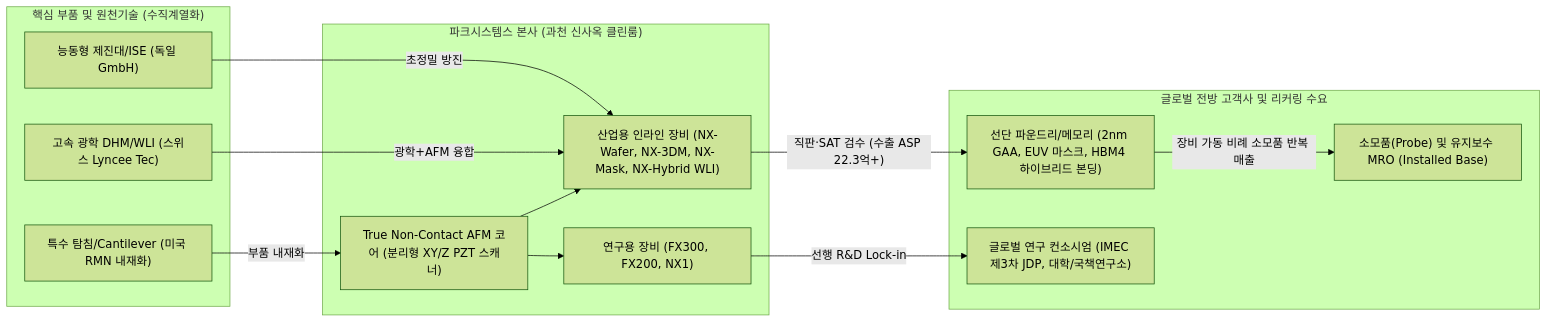
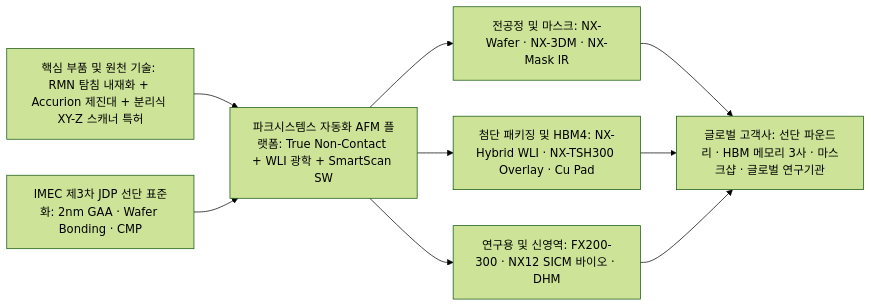
One commit to eve830521-cmd/my-skill-ver.5 changed the first of 2 diagrams in Stock_Research/파크시스템스/3_Final_Reports/Phase1_Report.md. Above: the diagram before and after it, drawn with Mermaid (forest theme). The commit also changed other lines of this file and 308 other files, not shown here.

````diff
--- a/Stock_Research/파크시스템스/3_Final_Reports/Phase1_Report.md
+++ b/Stock_Research/파크시스템스/3_Final_Reports/Phase1_Report.md
@@ -27,29 +25,19 @@
 ```mermaid
 flowchart LR
-    subgraph SG1["핵심 부품 및 원천기술 (수직계열화)"]
-        A1["특수 탐침/Cantilever (미국 RMN 내재화)"]
-        A2["능동형 제진대/ISE (독일 GmbH)"]
-        A3["고속 광학 DHM/WLI (스위스 Lyncee Tec)"]
-    end
+    sub1["핵심 부품 및 원천 기술: RMN 탐침 내재화 + Accurion 제진대 + 분리식 XY-Z 스캐너 특허"]
+    sub2["IMEC 제3차 JDP 선단 표준화: 2nm GAA · Wafer Bonding · CMP"]
+    core["파크시스템스 자동화 AFM 플랫폼: True Non-Contact + WLI 광학 + SmartScan SW"]
+    p1["전공정 및 마스크: NX-Wafer · NX-3DM · NX-Mask IR"]
+    p2["첨단 패키징 및 HBM4: NX-Hybrid WLI · NX-TSH300 Overlay · Cu Pad"]
+    p3["연구용 및 신영역: FX200-300 · NX12 SICM 바이오 · DHM"]
+    cust["글로벌 고객사: 선단 파운드리 · HBM 메모리 3사 · 마스크샵 · 글로벌 연구기관"]
 
-    subgraph SG2["파크시스템스 본사 (과천 신사옥 클린룸)"]
-        B1["True Non-Contact AFM 코어 (분리형 XY/Z PZT 스캐너)"]
-        B2["산업용 인라인 장비 (NX-Wafer, NX-3DM, NX-Mask, NX-Hybrid WLI)"]
-        B3["연구용 장비 (FX300, FX200, NX1)"]
-    end
-
-    subgraph SG3["글로벌 전방 고객사 및 리커링 수요"]
-        C1["선단 파운드리/메모리 (2nm GAA, EUV 마스크, HBM4 하이브리드 본딩)"]
-        C2["글로벌 연구 컨소시엄 (IMEC 제3차 JDP, 대학/국책연구소)"]
-        C3["소모품(Probe) 및 유지보수 MRO (Installed Base)"]
-    end
-
-    A1 -->|"부품 내재화"| B1
-    A2 -->|"초정밀 방진"| B2
-    A3 -->|"광학+AFM 융합"| B2
-    B1 --> B2
-    B1 --> B3
-    B2 -->|"직판·SAT 검수 (수출 ASP 22.3억+)"| C1
-    B3 -->|"선행 R&D Lock-in"| C2
-    C1 -->|"장비 가동 비례 소모품 반복 매출"| C3
+    sub1 --> core
+    sub2 --> core
+    core --> p1
+    core --> p2
+    core --> p3
+    p1 --> cust
+    p2 --> cust
+    p3 --> cust
 ```
````
